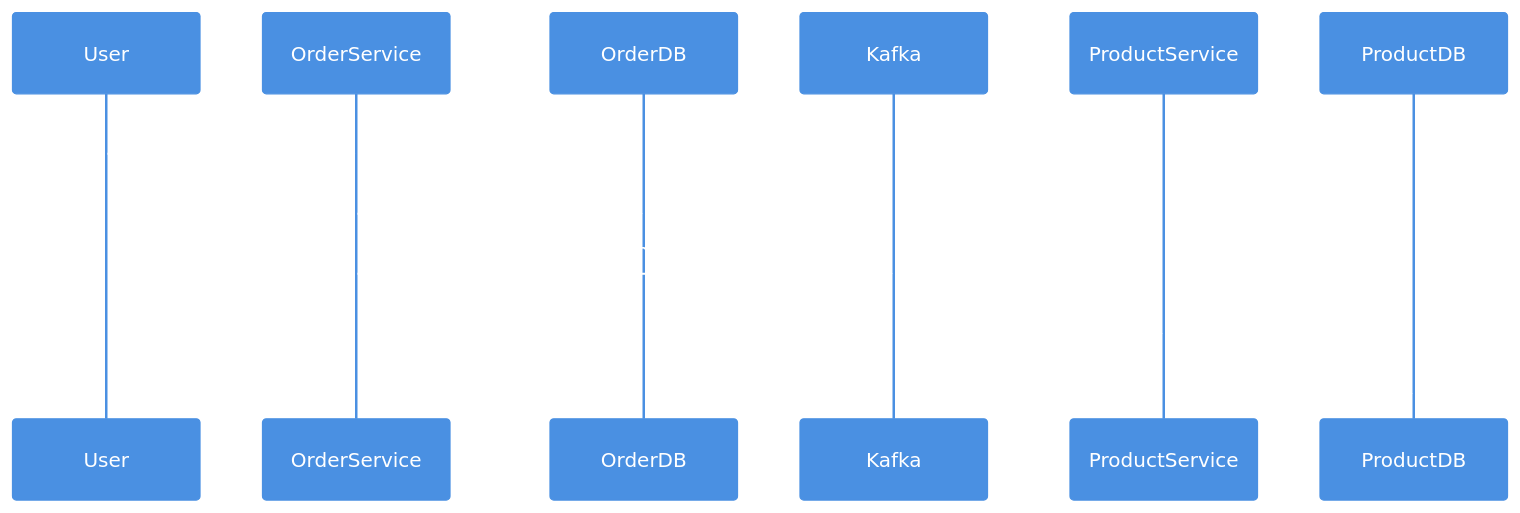
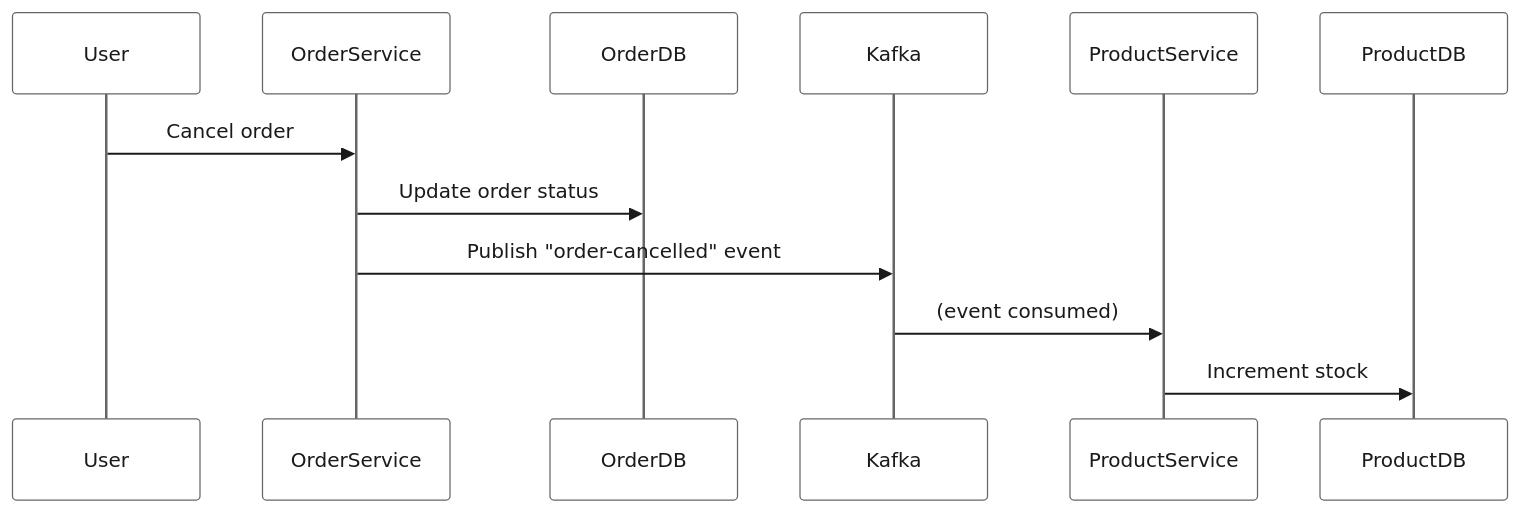
Before and after one commit to Jeethanxx01/Enterprise-E-Commerce-Microservices-Platform: the second of 2 diagrams in README.md, drawn with Mermaid. The commit also changed other lines of this file, not shown here.

````diff
--- a/README.md
+++ b/README.md
@@ -145,16 +145,16 @@
 ```mermaid
-%%{init: {'theme': 'base', 'themeVariables': { 'fontSize': '16px', 'fontFamily': 'arial', 'primaryColor': '#4a90e2', 'primaryTextColor': '#fff', 'primaryBorderColor': '#4a90e2', 'lineColor': '#4a90e2', 'secondaryColor': '#f0f0f0', 'tertiaryColor': '#f0f0f0'}}}%%
+%%{init: {'theme': 'base', 'themeVariables': { 'fontSize': '16px', 'fontFamily': 'arial', 'primaryColor': '#ffffff', 'primaryTextColor': '#1a1a1a', 'primaryBorderColor': '#666666', 'lineColor': '#1a1a1a', 'secondaryColor': '#f2f2f2', 'tertiaryColor': '#e6e6e6'}}}%%
 sequenceDiagram
     participant User
     participant OrderService
     participant OrderDB
     participant Kafka
     participant ProductService
     participant ProductDB
 
     User->>OrderService: Cancel order
     OrderService->>OrderDB: Update order status
     OrderService->>Kafka: Publish "order-cancelled" event
     Kafka->>ProductService: (event consumed)
     ProductService->>ProductDB: Increment stock
 ```
````
